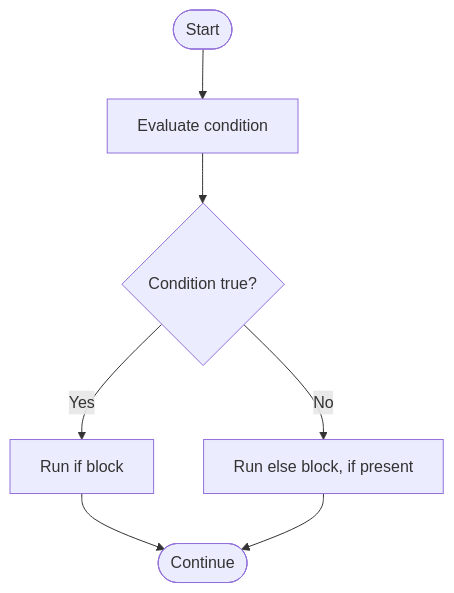
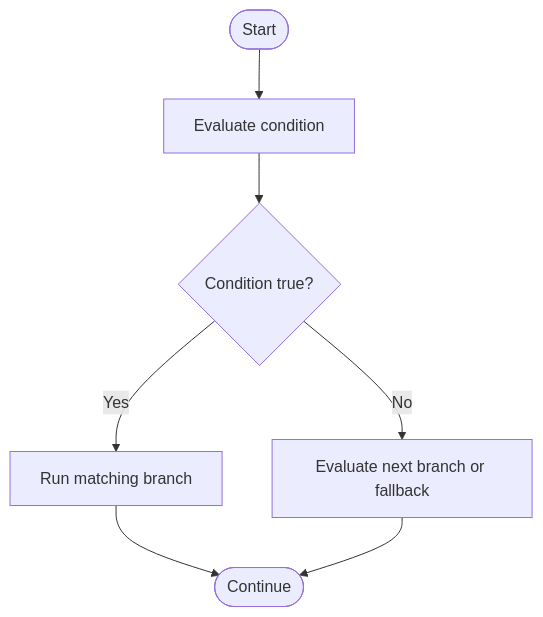
Before and after one commit to Brajesh31/Condition-and-Loops-in-JS-Assignment: the first of 2 diagrams in README.md, drawn with Mermaid. The commit also changed other lines of this file, not shown here.

````diff
--- a/README.md
+++ b/README.md
@@ -132,9 +208,9 @@
 ```mermaid
 flowchart TD
   A([Start]) --> B[Evaluate condition]
   B --> C{Condition true?}
-  C -->|Yes| D[Run if block]
-  C -->|No| E[Run else block, if present]
+  C -->|Yes| D[Run matching branch]
+  C -->|No| E[Evaluate next branch or fallback]
   D --> F([Continue])
   E --> F
 ```
````
